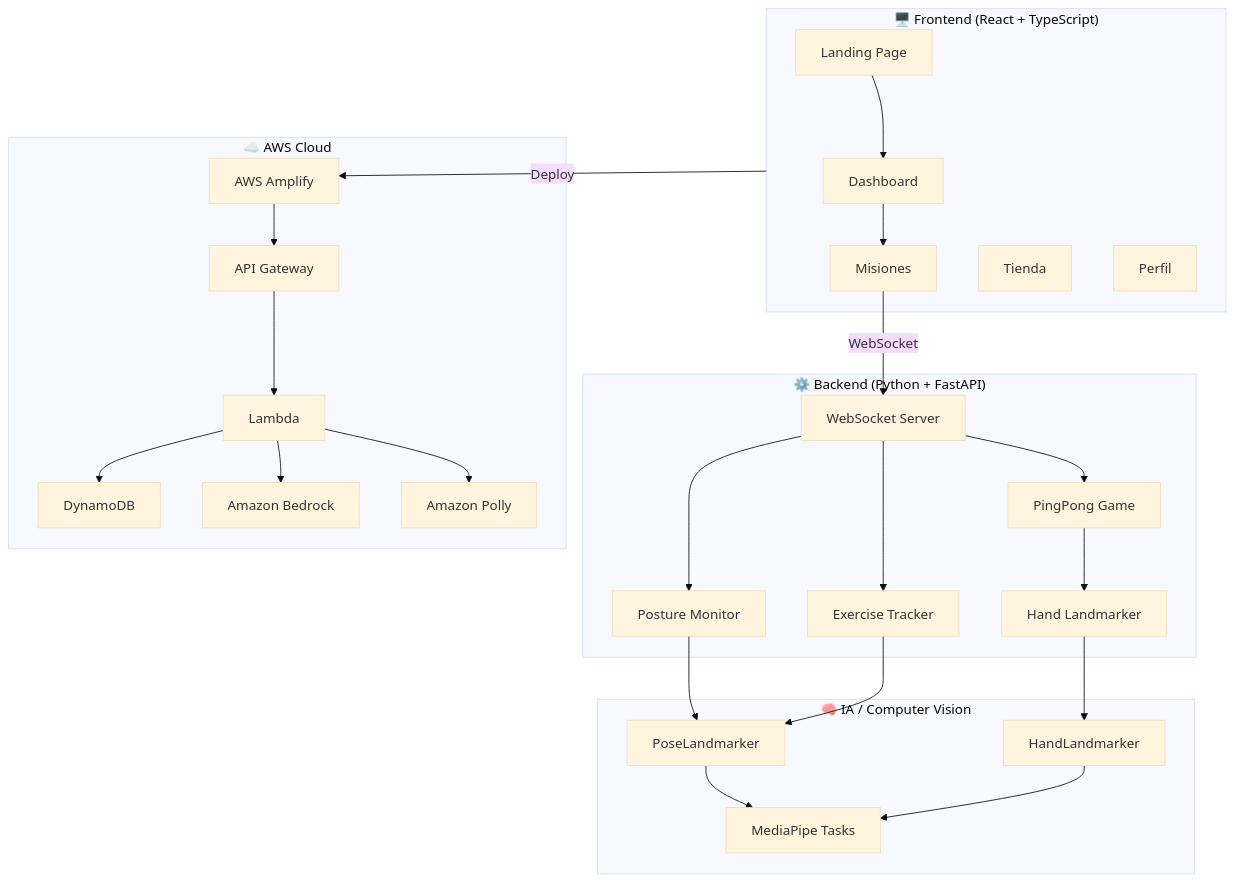
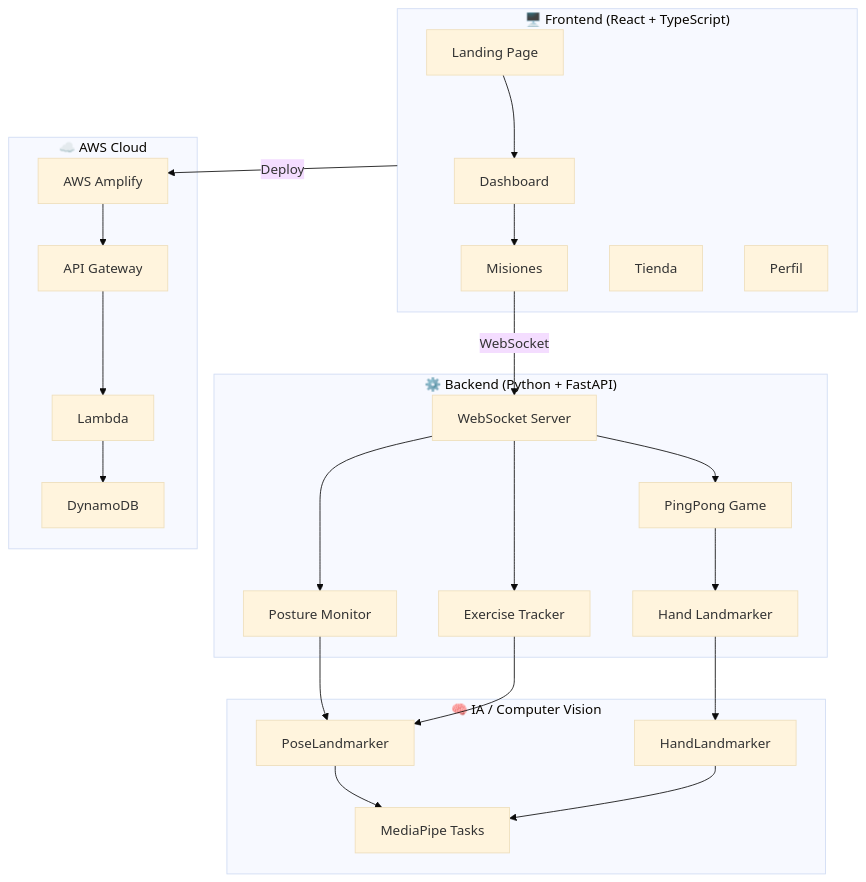
The first of 3 diagrams in README.md (BurbanoValentina/ctrl-rest-Programa-con-enfoque.-Descansa-con-prop-sito.), drawn with Mermaid (base theme) before and after one commit. The commit also changed other lines of this file and 1 other file, not shown here.

Commit message:
feat: add wellness guide to Relax section and fix README (remove Bedrock/Polly)

````diff
--- a/README.md
+++ b/README.md
@@ -75,53 +75,49 @@
 ```mermaid
 graph TB
     subgraph Frontend["🖥️ Frontend (React + TypeScript)"]
         LP[Landing Page]
         DB[Dashboard]
         MS[Misiones]
         TI[Tienda]
         PR[Perfil]
     end
 
     subgraph Backend["⚙️ Backend (Python + FastAPI)"]
         WS[WebSocket Server]
         PM[Posture Monitor]
         ET[Exercise Tracker]
         PP[PingPong Game]
         HL[Hand Landmarker]
     end
 
     subgraph AI["🧠 IA / Computer Vision"]
         MP[MediaPipe Tasks]
         PL[PoseLandmarker]
         HLD[HandLandmarker]
     end
 
     subgraph AWS["☁️ AWS Cloud"]
         AMP[AWS Amplify]
         AG[API Gateway]
         LM[Lambda]
         DDB[DynamoDB]
-        BR[Amazon Bedrock]
-        PO[Amazon Polly]
     end
 
     LP --> DB
     DB --> MS
     MS -->|WebSocket| WS
     WS --> PM
     WS --> ET
     WS --> PP
     PM --> PL
     ET --> PL
     PP --> HL
     PL --> MP
     HLD --> MP
     HL --> HLD
 
     Frontend -->|Deploy| AMP
     AMP --> AG
     AG --> LM
     LM --> DDB
-    LM --> BR
-    LM --> PO
 ```
````
